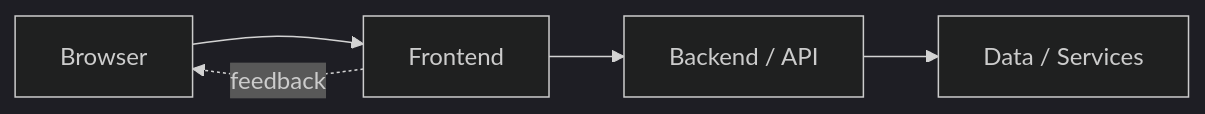
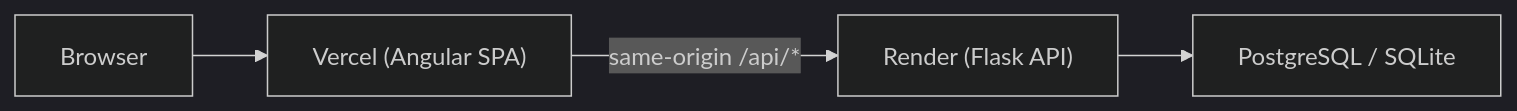
Before and after one commit to mangeshraut712/Starlight-Blogging-Website: the diagram in README.md, drawn with Mermaid (dark theme). The commit also changed other lines of this file, not shown here.

First line of the commit message:
Update README to reflect current architecture, deployment, and security model.

````diff
--- a/README.md
+++ b/README.md
@@ -466,7 +138,6 @@
 ```mermaid
 flowchart LR
-    A["Browser"] --> B["Frontend"]
-    B --> C["Backend / API"]
-    C --> D["Data / Services"]
-    B -. feedback .-> A
+    Browser["Browser"] --> Vercel["Vercel (Angular SPA)"]
+    Vercel -->|"same-origin /api/*"| Render["Render (Flask API)"]
+    Render --> DB["PostgreSQL / SQLite"]
 ```
````
